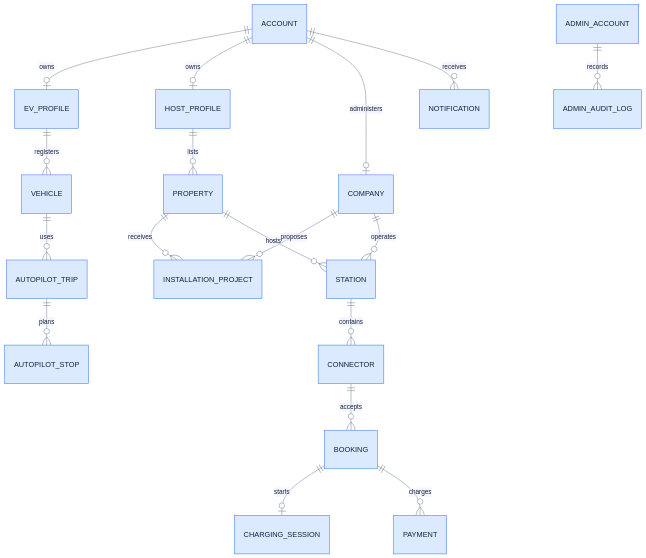
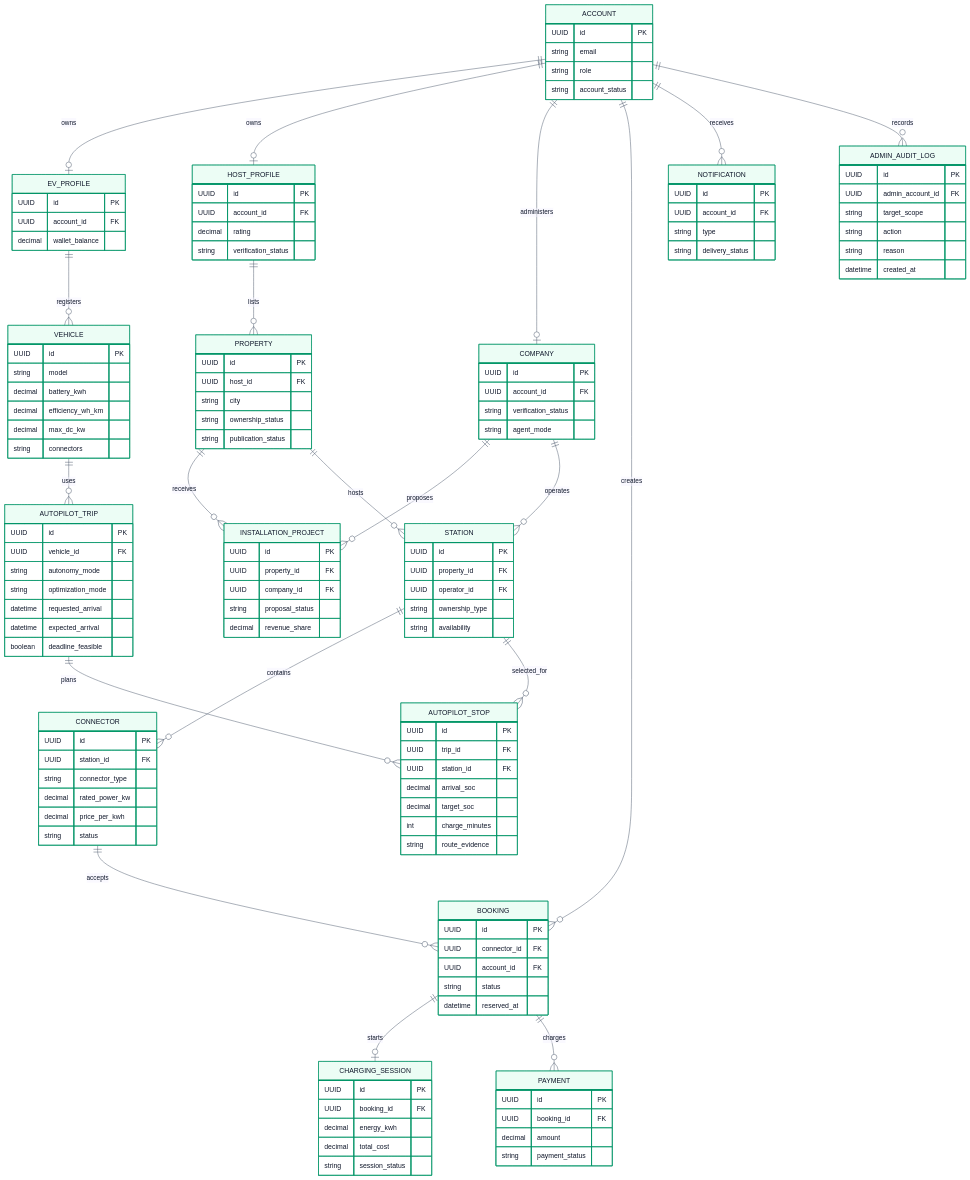
Before and after one commit to cs1m2414238/vidyutEV-1.0: the tenth of 10 diagrams in README.md, drawn with Mermaid. The commit also changed other lines of this file, not shown here.

````diff
--- a/README.md
+++ b/README.md
@@ -278,6 +535,119 @@
 ```mermaid
-%%{init: {"theme":"base","themeVariables":{"primaryColor":"#dbeafe","primaryTextColor":"#10233d","primaryBorderColor":"#2563eb","lineColor":"#64748b","secondaryColor":"#dcfce7","tertiaryColor":"#ede9fe"}}}%%
+%%{init: {"theme":"base","themeVariables":{"background":"#ffffff","fontFamily":"Inter, ui-sans-serif, system-ui, sans-serif","fontSize":"15px","primaryColor":"#ecfdf5","primaryTextColor":"#0f172a","primaryBorderColor":"#059669","lineColor":"#475569","secondaryColor":"#e0f2fe","tertiaryColor":"#f5f3ff","attributeBackgroundColorEven":"#f8fafc","attributeBackgroundColorOdd":"#ffffff"}}}%%
 erDiagram
+    ACCOUNT {
+        UUID id PK
+        string email
+        string role
+        string account_status
+    }
+    EV_PROFILE {
+        UUID id PK
+        UUID account_id FK
+        decimal wallet_balance
+    }
+    VEHICLE {
+        UUID id PK
+        string model
+        decimal battery_kwh
+        decimal efficiency_wh_km
+        decimal max_dc_kw
+        string connectors
+    }
+    HOST_PROFILE {
+        UUID id PK
+        UUID account_id FK
+        decimal rating
+        string verification_status
+    }
+    PROPERTY {
+        UUID id PK
+        UUID host_id FK
+        string city
+        string ownership_status
+        string publication_status
+    }
+    COMPANY {
+        UUID id PK
+        UUID account_id FK
+        string verification_status
+        string agent_mode
+    }
+    INSTALLATION_PROJECT {
+        UUID id PK
+        UUID property_id FK
+        UUID company_id FK
+        string proposal_status
+        decimal revenue_share
+    }
+    STATION {
+        UUID id PK
+        UUID property_id FK
+        UUID operator_id FK
+        string ownership_type
+        string availability
+    }
+    CONNECTOR {
+        UUID id PK
+        UUID station_id FK
+        string connector_type
+        decimal rated_power_kw
+        decimal price_per_kwh
+        string status
+    }
+    AUTOPILOT_TRIP {
+        UUID id PK
+        UUID vehicle_id FK
+        string autonomy_mode
+        string optimization_mode
+        datetime requested_arrival
+        datetime expected_arrival
+        boolean deadline_feasible
+    }
+    AUTOPILOT_STOP {
+        UUID id PK
+        UUID trip_id FK
+        UUID station_id FK
+        decimal arrival_soc
+        decimal target_soc
+        int charge_minutes
+        string route_evidence
+    }
+    BOOKING {
+        UUID id PK
+        UUID connector_id FK
+        UUID account_id FK
+        string status
+        datetime reserved_at
+    }
+    CHARGING_SESSION {
+        UUID id PK
+        UUID booking_id FK
+        decimal energy_kwh
+        decimal total_cost
+        string session_status
+    }
+    PAYMENT {
+        UUID id PK
+        UUID booking_id FK
+        decimal amount
+        string payment_status
+    }
+    NOTIFICATION {
+        UUID id PK
+        UUID account_id FK
+        string type
+        string delivery_status
+    }
+    ADMIN_AUDIT_LOG {
+        UUID id PK
+        UUID admin_account_id FK
+        string target_scope
+        string action
+        string reason
+        datetime created_at
+    }
+
     ACCOUNT ||--o| EV_PROFILE : owns
     ACCOUNT ||--o| HOST_PROFILE : owns
     ACCOUNT ||--o| COMPANY : administers
@@ -290,9 +660,11 @@
     STATION ||--o{ CONNECTOR : contains
     VEHICLE ||--o{ AUTOPILOT_TRIP : uses
     AUTOPILOT_TRIP ||--o{ AUTOPILOT_STOP : plans
+    STATION ||--o{ AUTOPILOT_STOP : selected_for
+    ACCOUNT ||--o{ BOOKING : creates
     CONNECTOR ||--o{ BOOKING : accepts
     BOOKING ||--o| CHARGING_SESSION : starts
     BOOKING ||--o{ PAYMENT : charges
     ACCOUNT ||--o{ NOTIFICATION : receives
-    ADMIN_ACCOUNT ||--o{ ADMIN_AUDIT_LOG : records
+    ACCOUNT ||--o{ ADMIN_AUDIT_LOG : records
 ```
````
